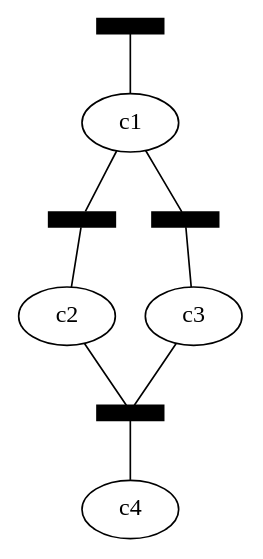
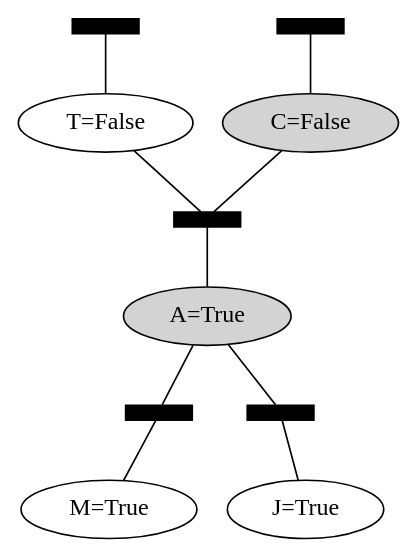
Before and after one commit to PolyMtl/INF8225-1: the diagram in TP1/python/output/factorGraph.gv, drawn with Graphviz. The commit also changed 6 other files, not shown here.

```diff
--- a/TP1/python/output/factorGraph.gv
+++ b/TP1/python/output/factorGraph.gv
@@ -1,22 +1,25 @@
 // Factor Graph
 digraph {
 	graph [rotation=0]
 	node [fontsize=14.4 penwidth=1]
 	edge [arrowhead=none penwidth=1]
-		c1 [label=c1 height=0.48 style=solid width=0.8]
-		c2 [label=c2 height=0.48 style=solid width=0.8]
-		c3 [label=c3 height=0.48 style=solid width=0.8]
-		c4 [label=c4 height=0.48 style=solid width=0.8]
-		"f(c1)" [label="" color=black fixedsize=true height=0.12 shape=rect style=filled width=0.5599999999999999]
-		"f(c1,c2)" [label="" color=black fixedsize=true height=0.12 shape=rect style=filled width=0.5599999999999999]
-		"f(c1,c3)" [label="" color=black fixedsize=true height=0.12 shape=rect style=filled width=0.5599999999999999]
-		"f(c2,c3,c4)" [label="" color=black fixedsize=true height=0.12 shape=rect style=filled width=0.5599999999999999]
-			"f(c1)" -> c1
-			c1 -> "f(c1,c2)"
-			c1 -> "f(c1,c3)"
-			"f(c1,c3)" -> c3
-			"f(c1,c2)" -> c2
-			c2 -> "f(c2,c3,c4)"
-			c3 -> "f(c2,c3,c4)"
-			"f(c2,c3,c4)" -> c4
+		C [label="C=False" height=0.48 style=filled width=0.8]
+		T [label="T=False" height=0.48 style=solid width=0.8]
+		A [label="A=True" height=0.48 style=filled width=0.8]
+		M [label="M=True" height=0.48 style=solid width=0.8]
+		J [label="J=True" height=0.48 style=solid width=0.8]
+		"f(C)" [label="" color=black fixedsize=true height=0.12 shape=rect style=filled width=0.5599999999999999]
+		"f(T)" [label="" color=black fixedsize=true height=0.12 shape=rect style=filled width=0.5599999999999999]
+		"f(C,T,A)" [label="" color=black fixedsize=true height=0.12 shape=rect style=filled width=0.5599999999999999]
+		"f(A,M)" [label="" color=black fixedsize=true height=0.12 shape=rect style=filled width=0.5599999999999999]
+		"f(A,J)" [label="" color=black fixedsize=true height=0.12 shape=rect style=filled width=0.5599999999999999]
+			"f(C)" -> C
+			"f(T)" -> T
+			T -> "f(C,T,A)"
+			C -> "f(C,T,A)"
+			"f(C,T,A)" -> A
+			A -> "f(A,M)"
+			A -> "f(A,J)"
+			"f(A,J)" -> J
+			"f(A,M)" -> M
 }
```
